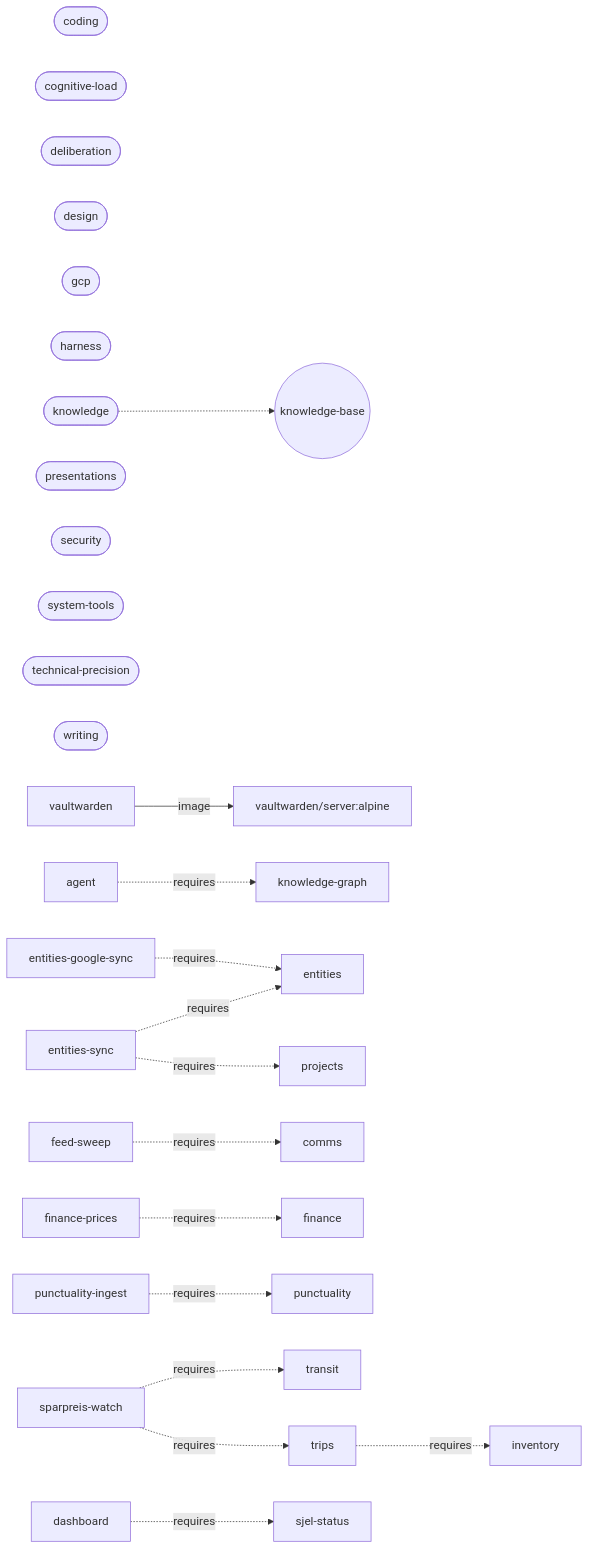
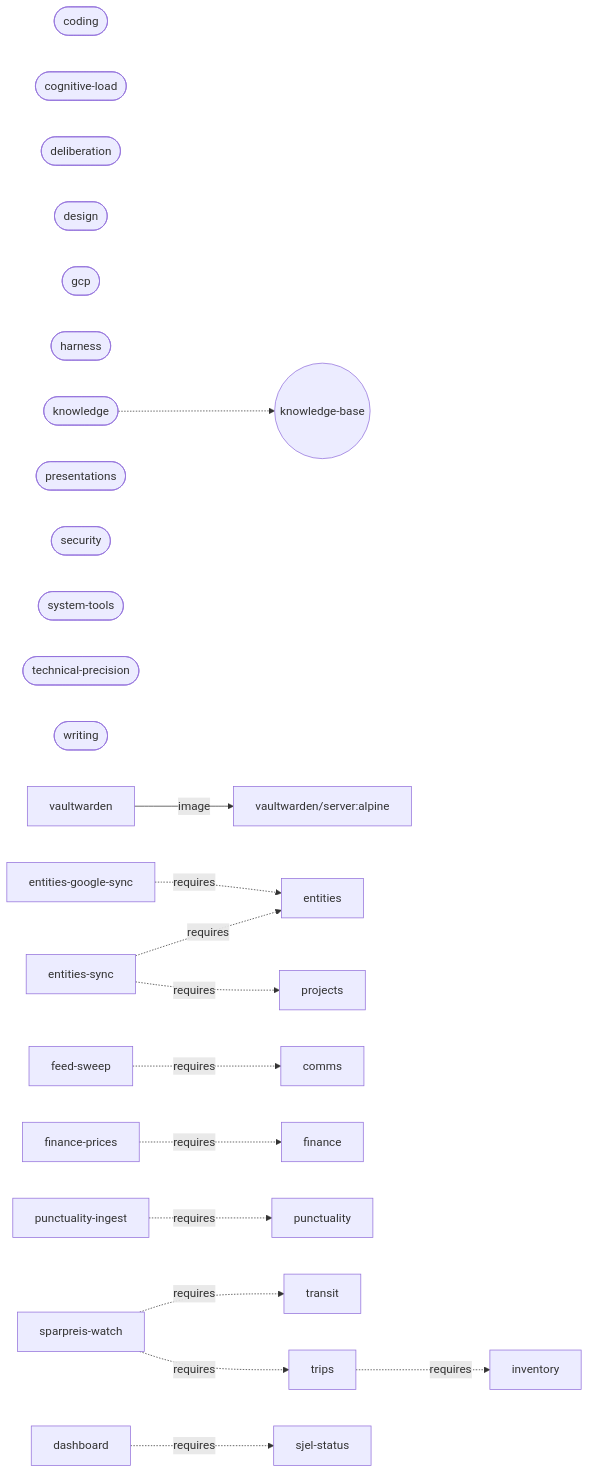
One commit to larsboes/Sjel changed the diagram in ARCHITECTURE.md. Above: the diagram before and after it, drawn with Mermaid. The commit also changed other lines of this file and 66 other files, not shown here.

First line of the commit message:
Finish removing graphify: code, docs and config

````diff
--- a/ARCHITECTURE.md
+++ b/ARCHITECTURE.md
@@ -173,28 +172,27 @@
 ```mermaid
 flowchart LR
   pack_coding(["coding"])
   pack_cognitive_load(["cognitive-load"])
   pack_deliberation(["deliberation"])
   pack_design(["design"])
   pack_gcp(["gcp"])
   pack_harness(["harness"])
   pack_knowledge(["knowledge"])
   pack_knowledge -.-> sys_knowledge_base(("knowledge-base"))
   pack_presentations(["presentations"])
   pack_security(["security"])
   pack_system_tools(["system-tools"])
   pack_technical_precision(["technical-precision"])
   pack_writing(["writing"])
   cap_vaultwarden["vaultwarden"] -->|image| img_vaultwarden_server["vaultwarden/server:alpine"]
-  cap_agent["agent"] -.->|requires| cap_knowledge_graph["knowledge-graph"]
   cap_entities_google_sync["entities-google-sync"] -.->|requires| cap_entities["entities"]
   cap_entities_sync["entities-sync"] -.->|requires| cap_projects["projects"]
   cap_entities_sync["entities-sync"] -.->|requires| cap_entities["entities"]
   cap_feed_sweep["feed-sweep"] -.->|requires| cap_comms["comms"]
   cap_finance_prices["finance-prices"] -.->|requires| cap_finance["finance"]
   cap_punctuality_ingest["punctuality-ingest"] -.->|requires| cap_punctuality["punctuality"]
   cap_sparpreis_watch["sparpreis-watch"] -.->|requires| cap_transit["transit"]
   cap_sparpreis_watch["sparpreis-watch"] -.->|requires| cap_trips["trips"]
   cap_trips["trips"] -.->|requires| cap_inventory["inventory"]
   cap_dashboard["dashboard"] -.->|requires| cap_sjel_status["sjel-status"]
 ```
````
